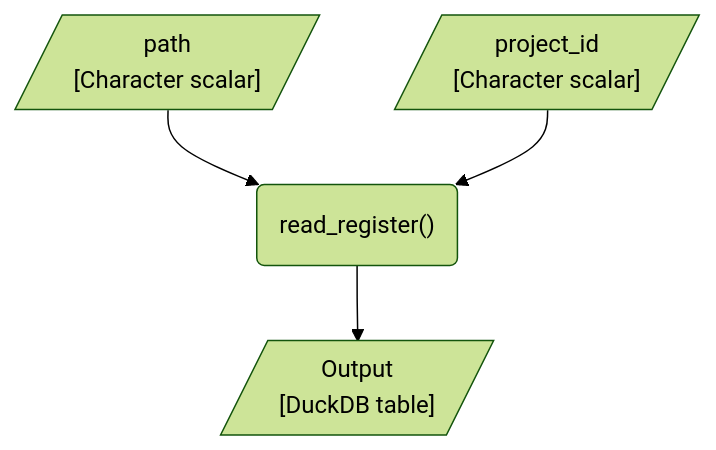
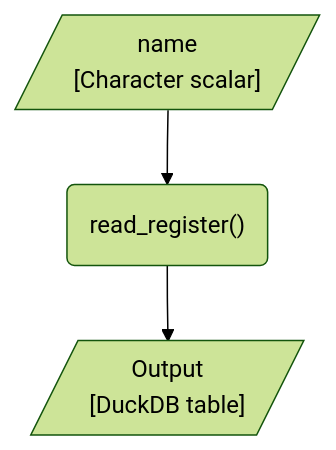
Before and after one commit to dp-next/registers2parquet: the third of 3 diagrams in vignettes/design.qmd, drawn with Mermaid (forest theme).

Commit message:
docs: :memo: match the flow with the new design

````diff
--- a/vignettes/design.qmd
+++ b/vignettes/design.qmd
@@ -114,14 +114,12 @@
 ```{mermaid}
 %%| label: fig-flow-use
 %%| fig-cap: "Expected workflow for reading a Parquet register as a DuckDB table using `read_register()`."
 %%| fig-alt: "A flowchart showing the expected flow of reading a Parquet register created with the fastreg package."
 flowchart TD
-    path[/"path<br>[Character scalar]"/]
-    project_id[/"project_id<br>[Character scalar]"/]
+    name[/"name<br>[Character scalar]"/]
     read_register("read_register()")
     output[/"Output<br>[DuckDB table]"/]
 
     %% Edges
-    path & project_id --> read_register --> output
-
+    name --> read_register --> output
 ```
````
